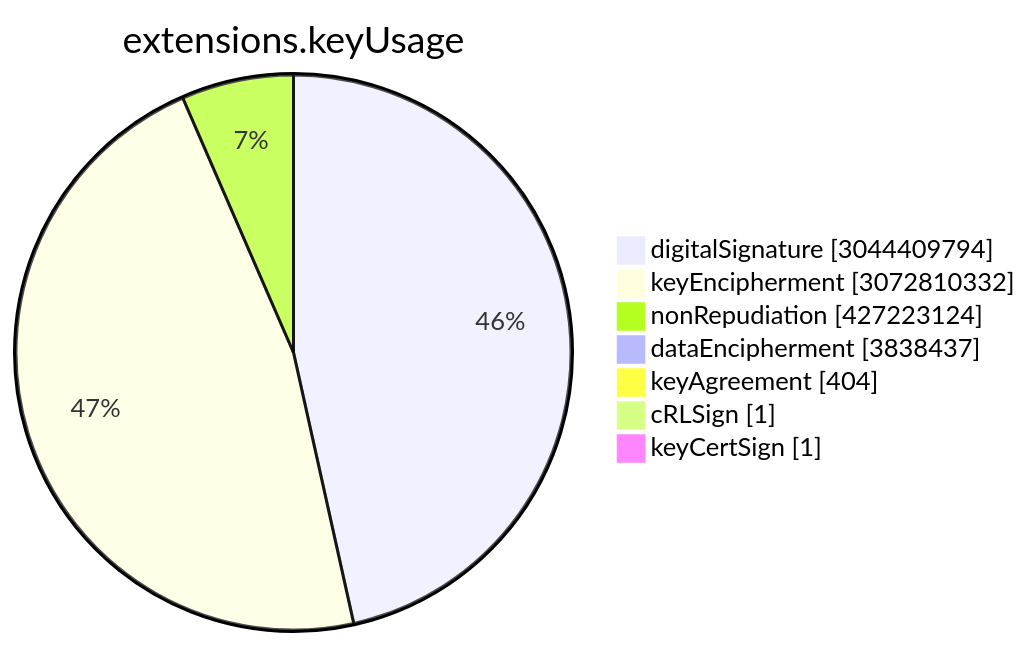
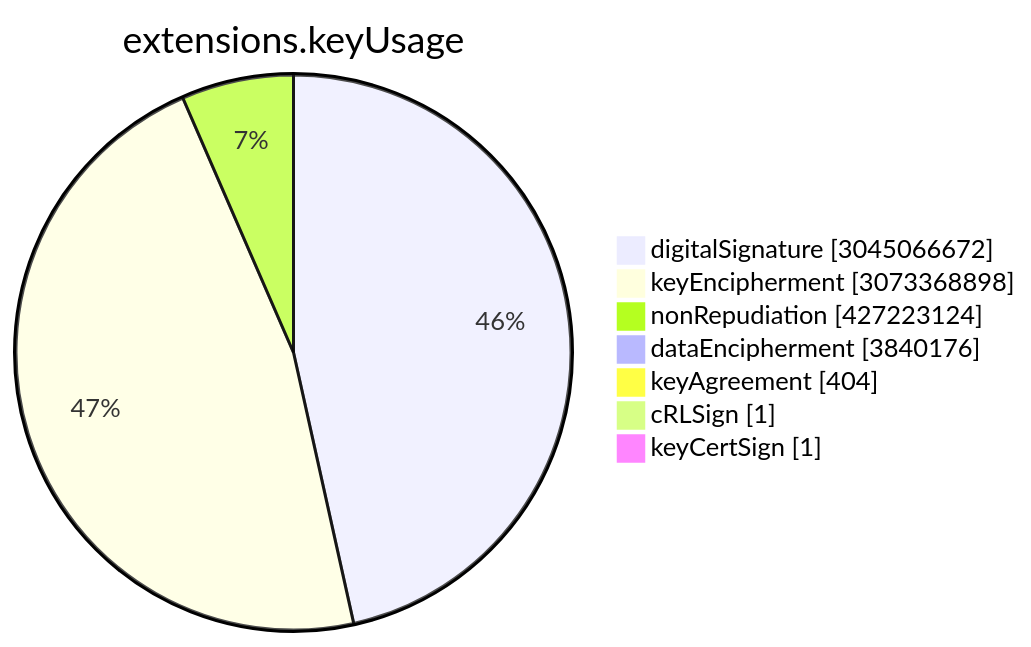
Before and after one commit to christiankrug/ctmonitor_visualization: the sixth of 15 diagrams in TOTAL/README.md, drawn with Mermaid. The commit also changed other lines of this file, not shown here.

````diff
--- a/TOTAL/README.md
+++ b/TOTAL/README.md
@@ -3077,11 +3077,11 @@
 ```mermaid
 pie showData
 title extensions.keyUsage
-"digitalSignature" :3044409794
-"keyEncipherment" :3072810332
+"digitalSignature" :3045066672
+"keyEncipherment" :3073368898
 "nonRepudiation" :427223124
-"dataEncipherment" :3838437
+"dataEncipherment" :3840176
 "keyAgreement" :404
 "cRLSign" :1
 "keyCertSign" :1
 ```
````
